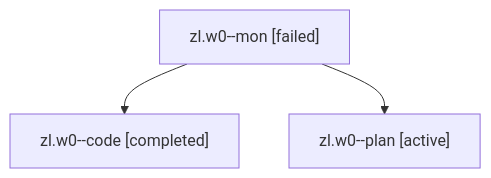
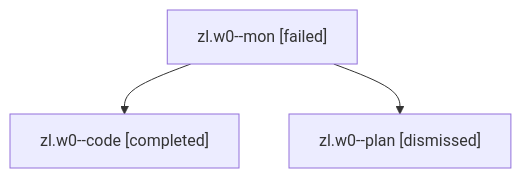
The diagram in sessions/bbugyi200.athena.zl.w0.md (sase-org/sase--agents), drawn with Mermaid before and after one commit. The commit also changed other lines of this file and 35 other files, not shown here.

````diff
--- a/sessions/bbugyi200.athena.zl.w0.md
+++ b/sessions/bbugyi200.athena.zl.w0.md
@@ -9,8 +9,8 @@
 ```mermaid
 flowchart TD
   n0["zl.w0--mon [failed]"]
   n1["zl.w0--code [completed]"]
   n0 --> n1
-  n2["zl.w0--plan [active]"]
+  n2["zl.w0--plan [dismissed]"]
   n0 --> n2
 ```
````
